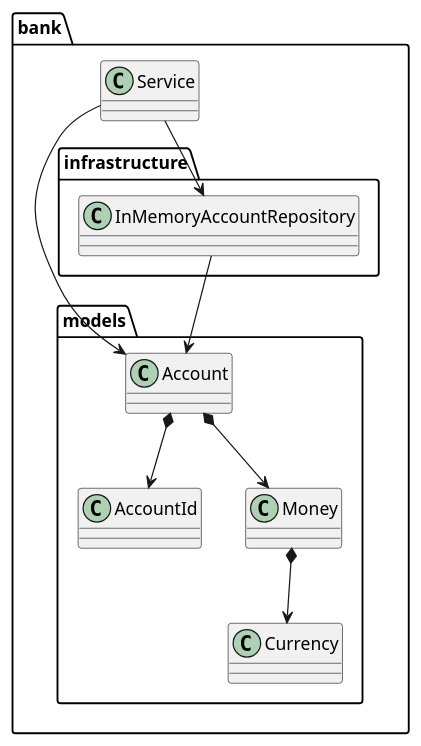
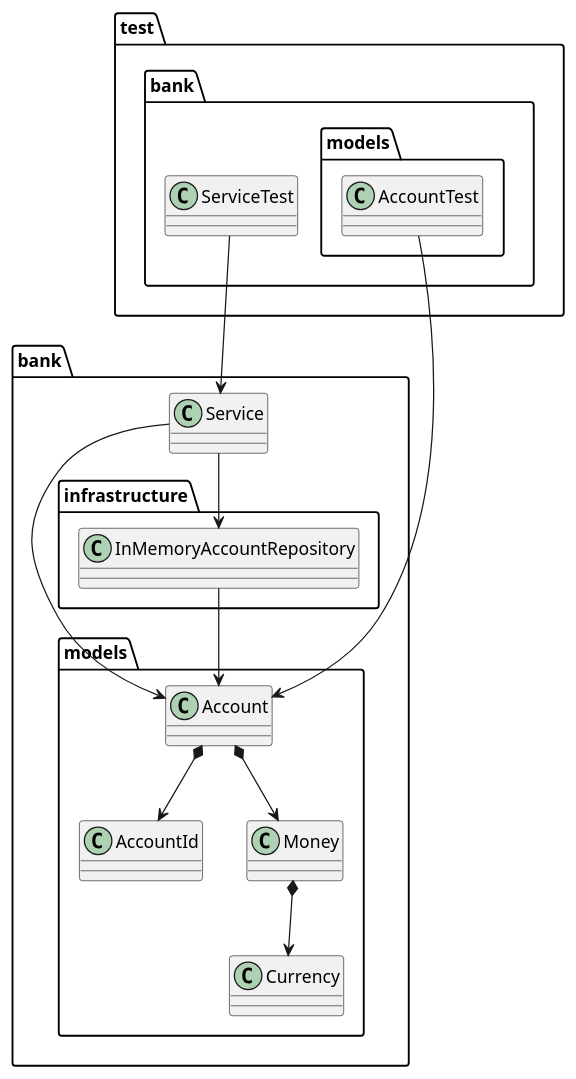
Before and after one commit to fraylopez/bank-elixir: the diagram in docs/src/architecture.puml, drawn with PlantUML.

Commit message:
docs: update architecture diagram

```diff
--- a/docs/src/architecture.puml
+++ b/docs/src/architecture.puml
@@ -1,26 +1,39 @@
 @startuml Architecture
 
 package bank {
   class Service
 
   package models {
     class Account
     class AccountId
     class Money
     class Currency
   }
 
   package infrastructure {
     class InMemoryAccountRepository
   }
 }
 
+package test {
+  package test.bank {
+    class ServiceTest
+
+    package test.bank.models {
+      class AccountTest
+  }
+}
+
+ServiceTest --> Service
+AccountTest --> Account
+
+
 Service --> InMemoryAccountRepository
 InMemoryAccountRepository --> Account
 Service --> Account
 Account *--> AccountId
 Account *--> Money
 Money *--> Currency
 
 
 @enduml
```
